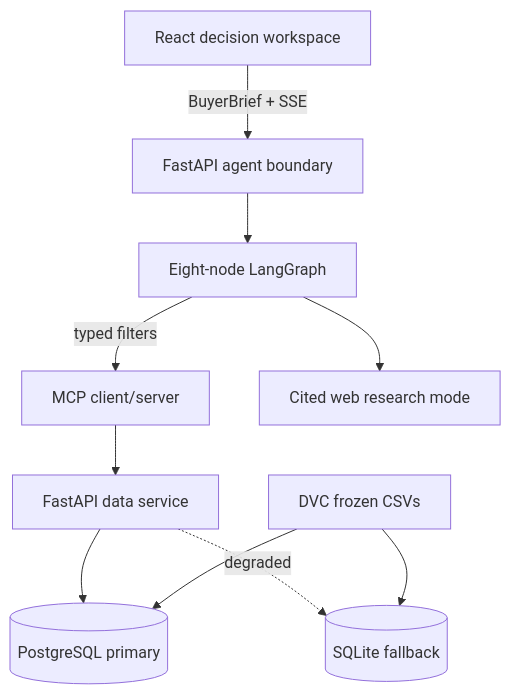
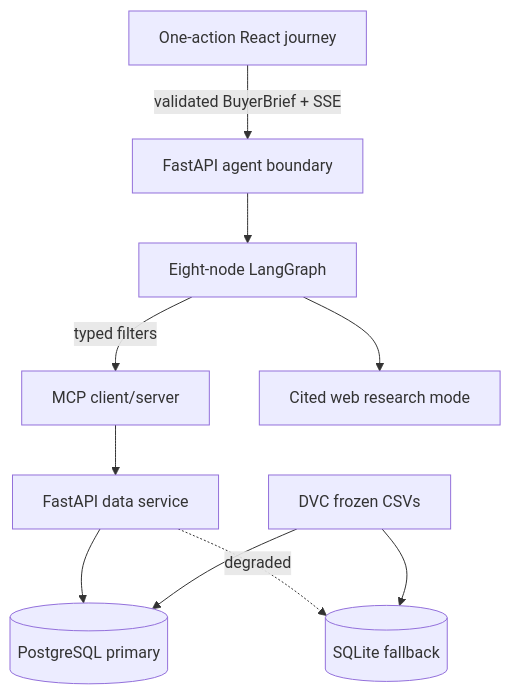
One commit to SherifGamal9441/Agentic-Property changed the diagram in docs/architecture.md. Above: the diagram before and after it, drawn with Mermaid. The commit also changed other lines of this file and 43 other files, not shown here.

````diff
--- a/docs/architecture.md
+++ b/docs/architecture.md
@@ -7,12 +7,12 @@
 ```mermaid
 flowchart TD
-  UI["React decision workspace"] -->|"BuyerBrief + SSE"| API["FastAPI agent boundary"]
+  UI["One-action React journey"] -->|"validated BuyerBrief + SSE"| API["FastAPI agent boundary"]
   API --> LG["Eight-node LangGraph"]
   LG -->|"typed filters"| MCP["MCP client/server"]
   MCP --> DS["FastAPI data service"]
   DS --> PG[("PostgreSQL primary")]
   DS -. degraded .-> SQ[("SQLite fallback")]
   DVC["DVC frozen CSVs"] --> PG
   DVC --> SQ
   LG --> WEB["Cited web research mode"]
 ```
````
